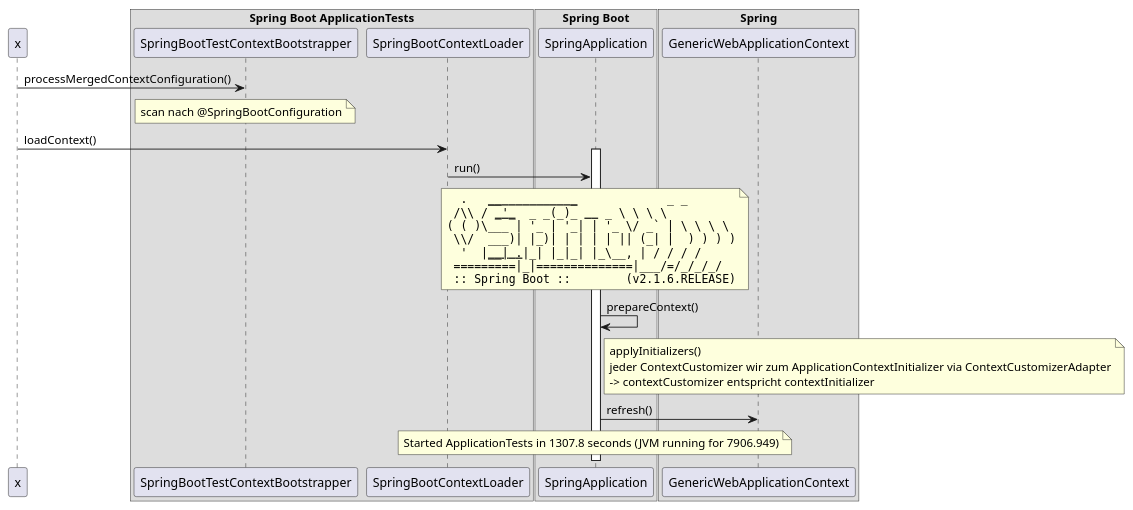
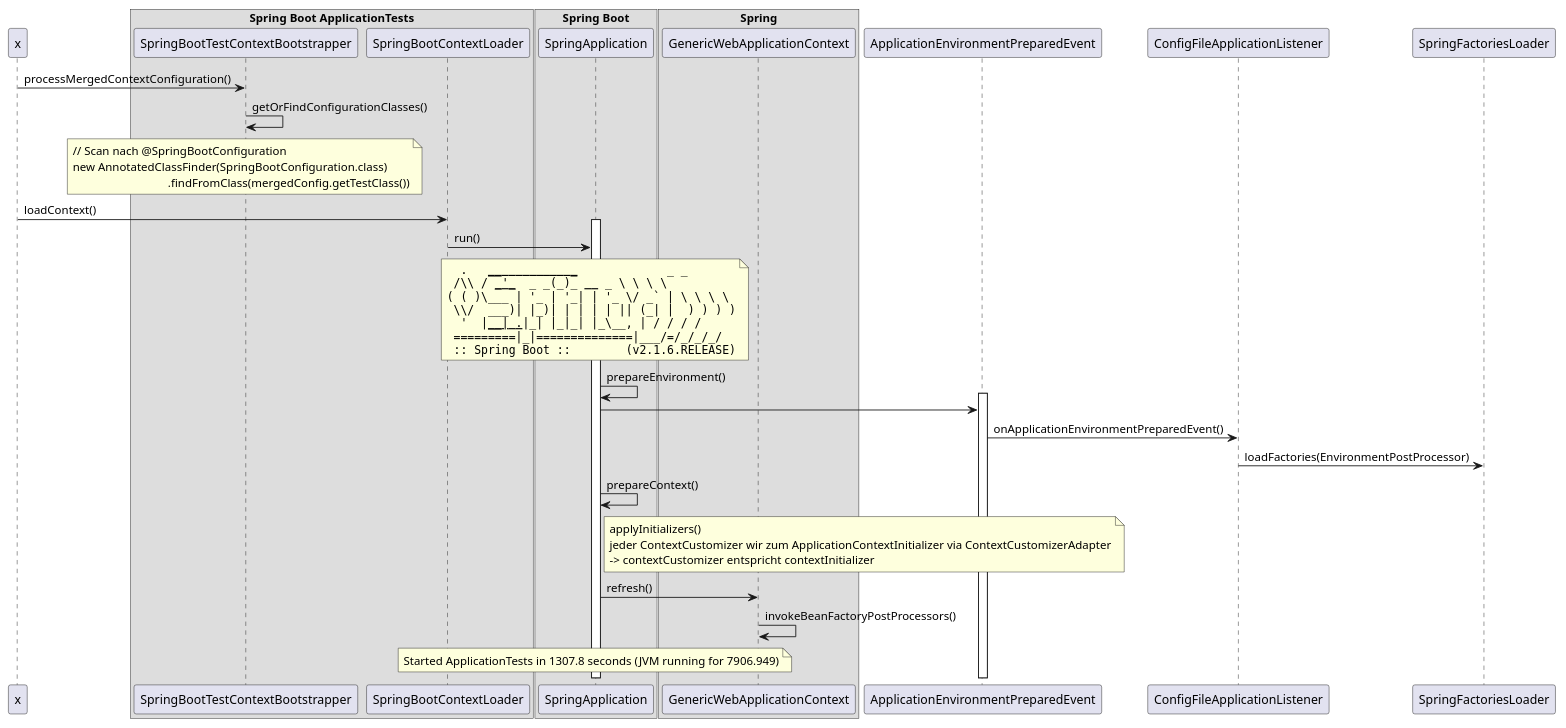
One commit to masooh/devll-samples changed the diagram in spring-boot/spring-boot.puml. Above: the diagram before and after it, drawn with PlantUML. The commit also changed 7 other files, not shown here.

```diff
--- a/spring-boot/spring-boot.puml
+++ b/spring-boot/spring-boot.puml
@@ -1,40 +1,53 @@
 @startuml
 participant x
 box Spring Boot ApplicationTests
     participant SpringBootTestContextBootstrapper
     participant SpringBootContextLoader
 end box
 box Spring Boot
     participant SpringApplication
 end box
 box Spring
     participant GenericWebApplicationContext
 end box
 
 x -> SpringBootTestContextBootstrapper: processMergedContextConfiguration()
-note over SpringBootTestContextBootstrapper: scan nach @SpringBootConfiguration
+SpringBootTestContextBootstrapper -> SpringBootTestContextBootstrapper: getOrFindConfigurationClasses()
+note over SpringBootTestContextBootstrapper
+    // Scan nach @SpringBootConfiguration
+    new AnnotatedClassFinder(SpringBootConfiguration.class)
+    				.findFromClass(mergedConfig.getTestClass())
+end note
 
 x -> SpringBootContextLoader: loadContext()
 
 activate SpringApplication
 SpringBootContextLoader -> SpringApplication: run()
 note over SpringApplication
 ""  .   ____          _            __ _ _""
 "" /\\ / ___'_ __ _ _(_)_ __  __ _ \ \ \ \""
 ""( ( )\___ | '_ | '_| | '_ \/ _` | \ \ \ \""
 "" \\/  ___)| |_)| | | | | || (_| |  ) ) ) )""
 ""  '  |____| .__|_| |_|_| |_\__, | / / / /""
 "" =========|_|==============|___/=/_/_/_/""
 "" :: Spring Boot ::        (v2.1.6.RELEASE)""
 end note
 
+SpringApplication -> SpringApplication: prepareEnvironment()
+activate ApplicationEnvironmentPreparedEvent
+SpringApplication -> ApplicationEnvironmentPreparedEvent
+ApplicationEnvironmentPreparedEvent -> ConfigFileApplicationListener: onApplicationEnvironmentPreparedEvent()
+ConfigFileApplicationListener -> SpringFactoriesLoader: loadFactories(EnvironmentPostProcessor)
+
+
 SpringApplication -> SpringApplication: prepareContext()
 note right of SpringApplication
     applyInitializers()
     jeder ContextCustomizer wir zum ApplicationContextInitializer via ContextCustomizerAdapter
     -> contextCustomizer entspricht contextInitializer
 end note
 
 SpringApplication -> GenericWebApplicationContext: refresh()
+GenericWebApplicationContext -> GenericWebApplicationContext: invokeBeanFactoryPostProcessors()
 note over SpringApplication: Started ApplicationTests in 1307.8 seconds (JVM running for 7906.949)
 @enduml
```
